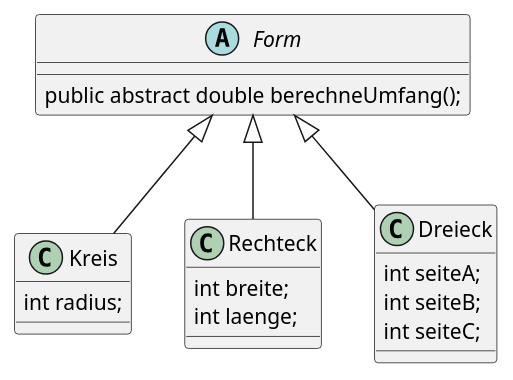
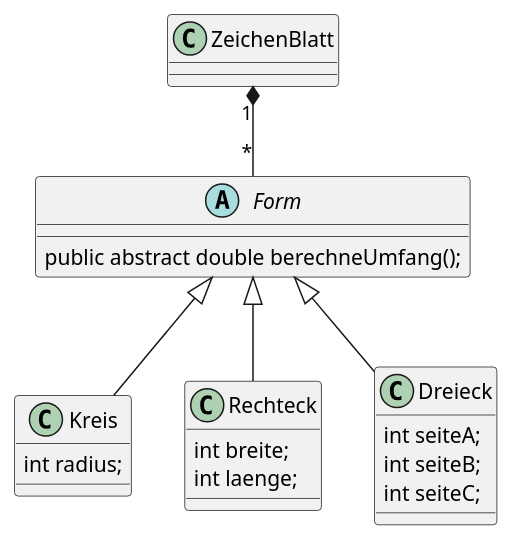
The diagram in docs/plantuml/vererbung.puml (kiltz/verbund-22), drawn with PlantUML before and after one commit.

Commit message:
UML und Konstruktor

```diff
--- a/docs/plantuml/vererbung.puml
+++ b/docs/plantuml/vererbung.puml
@@ -1,24 +1,29 @@
 @startuml
 
 abstract class  Form {
     public abstract double berechneUmfang();
 }
 
 class Kreis {
     int radius;
 }
 class Rechteck {
     int breite;
     int laenge;
 }
 class Dreieck {
     int seiteA;
     int seiteB;
     int seiteC;
 }
 
+class ZeichenBlatt {
+}
+
+ZeichenBlatt "1" *-- "*" Form
+
 Form <|-- Kreis
 Form <|-- Rechteck
 Form <|-- Dreieck
 
 @enduml
```
